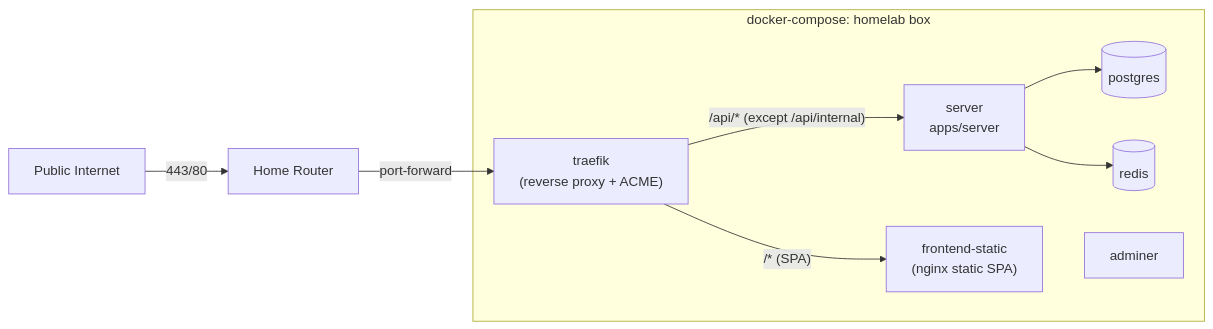
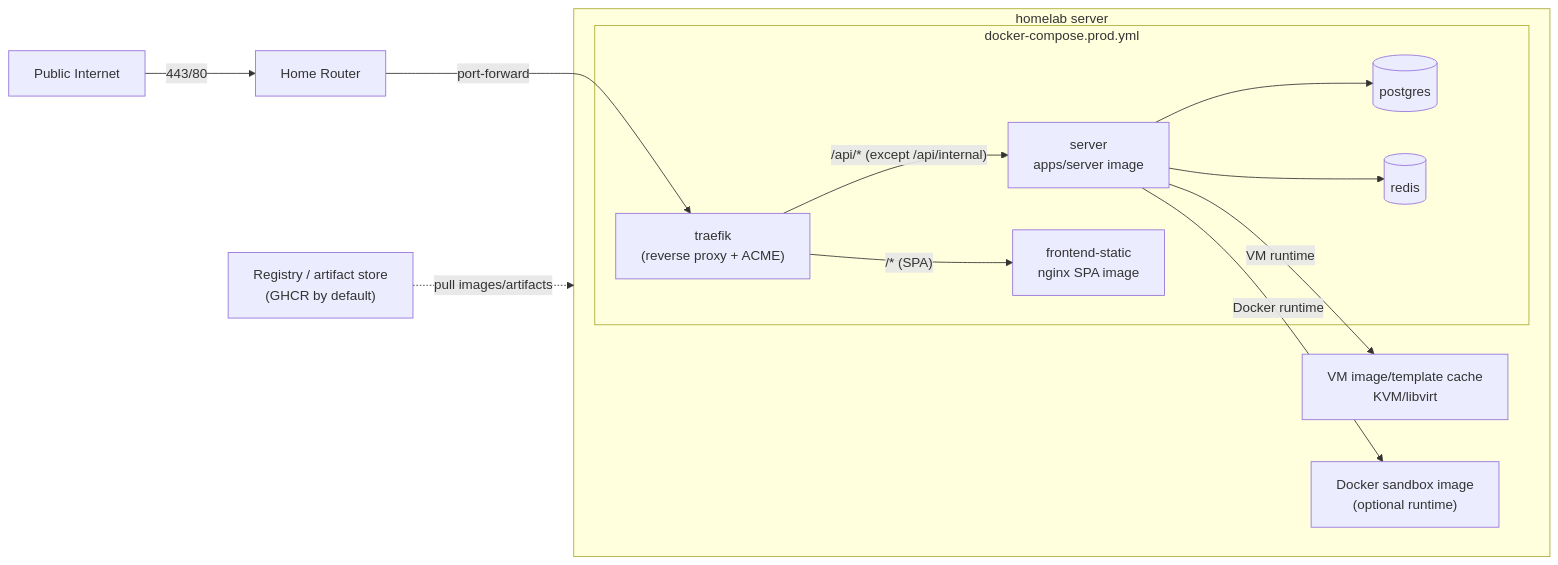
One commit to Huddo121/My-Agent-Loop changed the diagram in .cursor/plans/reverse-proxy-and-deploy_91125e1c.plan.md. Above: the diagram before and after it, drawn with Mermaid. The commit also changed other lines of this file, not shown here.

````diff
--- a/.cursor/plans/reverse-proxy-and-deploy_91125e1c.plan.md
+++ b/.cursor/plans/reverse-proxy-and-deploy_91125e1c.plan.md
@@ -46,17 +69,23 @@
 ```mermaid
 flowchart LR
   Internet[Public Internet] -->|"443/80"| Router[Home Router]
   Router -->|"port-forward"| Traefik
-  subgraph compose [docker-compose: homelab box]
-    Traefik["traefik<br/>(reverse proxy + ACME)"]
-    Server["server<br/>apps/server"]
-    Frontend["frontend-static<br/>(nginx static SPA)"]
-    Postgres[(postgres)]
-    Redis[(redis)]
-    Adminer[adminer]
+  Registry["Registry / artifact store<br/>(GHCR by default)"] -. "pull images/artifacts" .-> Host
+  subgraph Host [homelab server]
+    subgraph Compose [docker-compose.prod.yml]
+      Traefik["traefik<br/>(reverse proxy + ACME)"]
+      Server["server<br/>apps/server image"]
+      Frontend["frontend-static<br/>nginx SPA image"]
+      Postgres[(postgres)]
+      Redis[(redis)]
+    end
+    VMCache["VM image/template cache<br/>KVM/libvirt"]
+    DockerSandbox["Docker sandbox image<br/>(optional runtime)"]
   end
   Traefik -->|"/api/* (except /api/internal)"| Server
   Traefik -->|"/* (SPA)"| Frontend
   Server --> Postgres
   Server --> Redis
+  Server -->|"Docker runtime"| DockerSandbox
+  Server -->|"VM runtime"| VMCache
 ```
````
